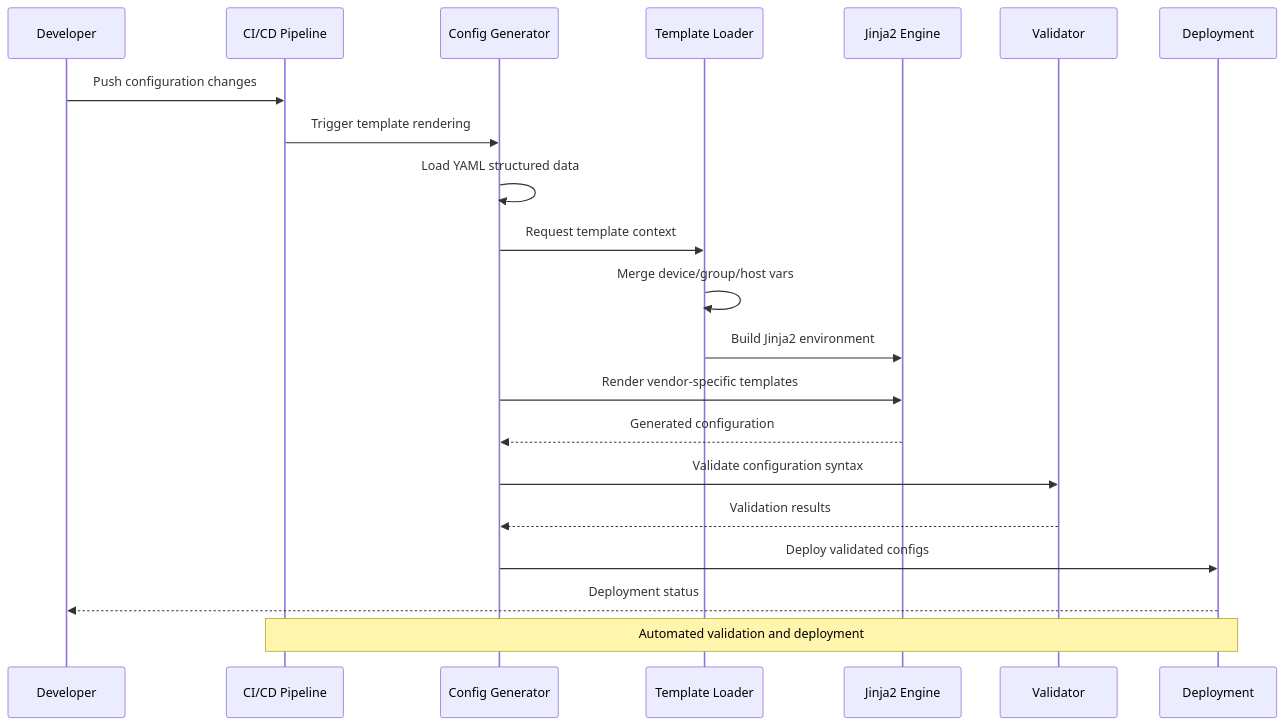
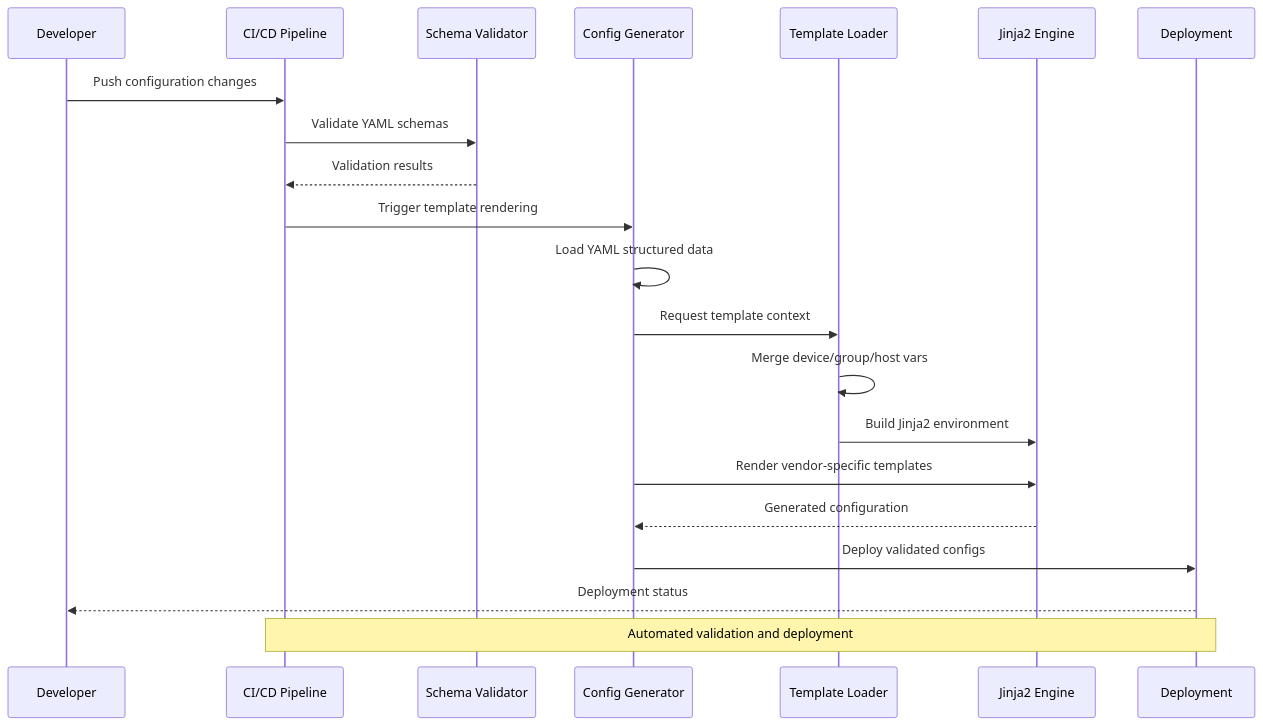
The third of 6 diagrams in .qoder/repowiki/en/content/Core Components/Configuration Management/Template Engine Architecture/Template Engine Architecture.md (shakthi-vinayak/network-automation), drawn with Mermaid before and after one commit. The commit also changed other lines of this file and 144 other files, not shown here.

````diff
--- a/.qoder/repowiki/en/content/Core Components/Configuration Management/Template Engine Architecture/Template Engine Architecture.md
+++ b/.qoder/repowiki/en/content/Core Components/Configuration Management/Template Engine Architecture/Template Engine Architecture.md
@@ -137,23 +131,23 @@
 ```mermaid
 sequenceDiagram
 participant Dev as Developer
 participant CI as CI/CD Pipeline
+participant Val as Schema Validator
 participant Gen as Config Generator
 participant TL as Template Loader
 participant JB as Jinja2 Engine
-participant Val as Validator
 participant Dep as Deployment
 Dev->>CI : Push configuration changes
+CI->>Val : Validate YAML schemas
+Val-->>CI : Validation results
 CI->>Gen : Trigger template rendering
 Gen->>Gen : Load YAML structured data
 Gen->>TL : Request template context
 TL->>TL : Merge device/group/host vars
 TL->>JB : Build Jinja2 environment
 Gen->>JB : Render vendor-specific templates
 JB-->>Gen : Generated configuration
-Gen->>Val : Validate configuration syntax
-Val-->>Gen : Validation results
 Gen->>Dep : Deploy validated configs
 Dep-->>Dev : Deployment status
 Note over CI,Dep : Automated validation and deployment
 ```
````
